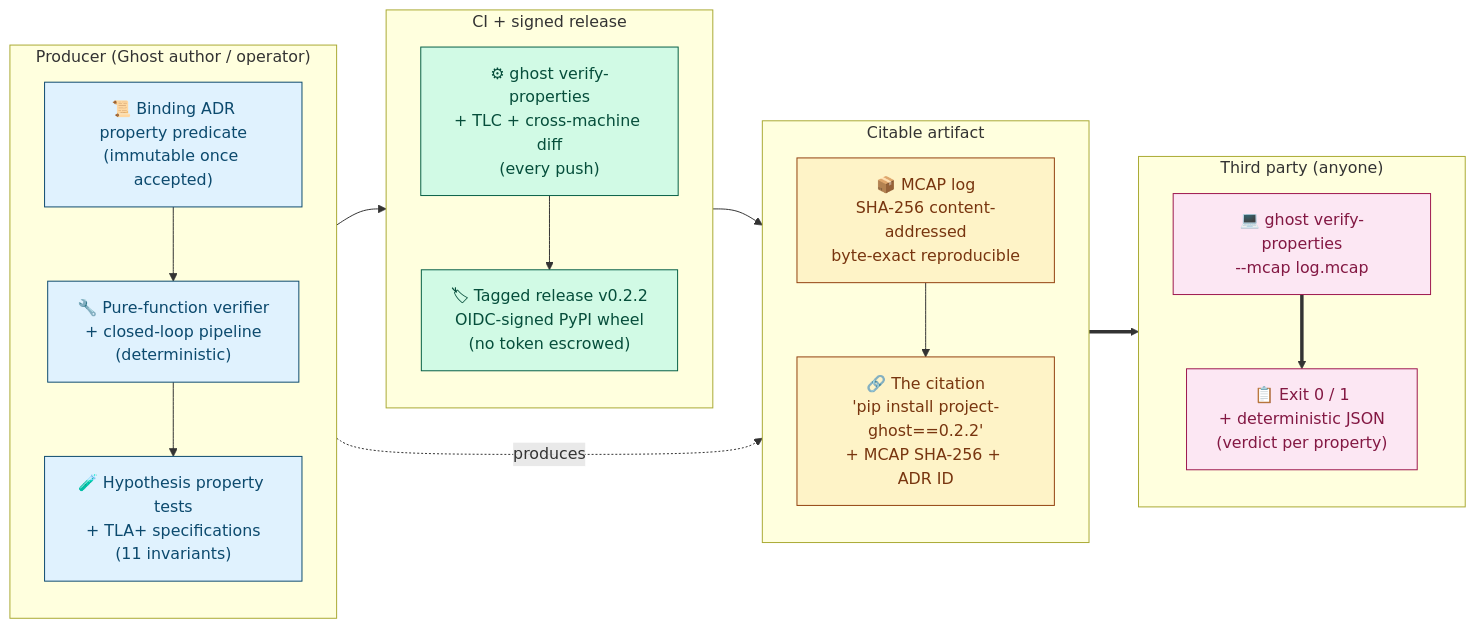
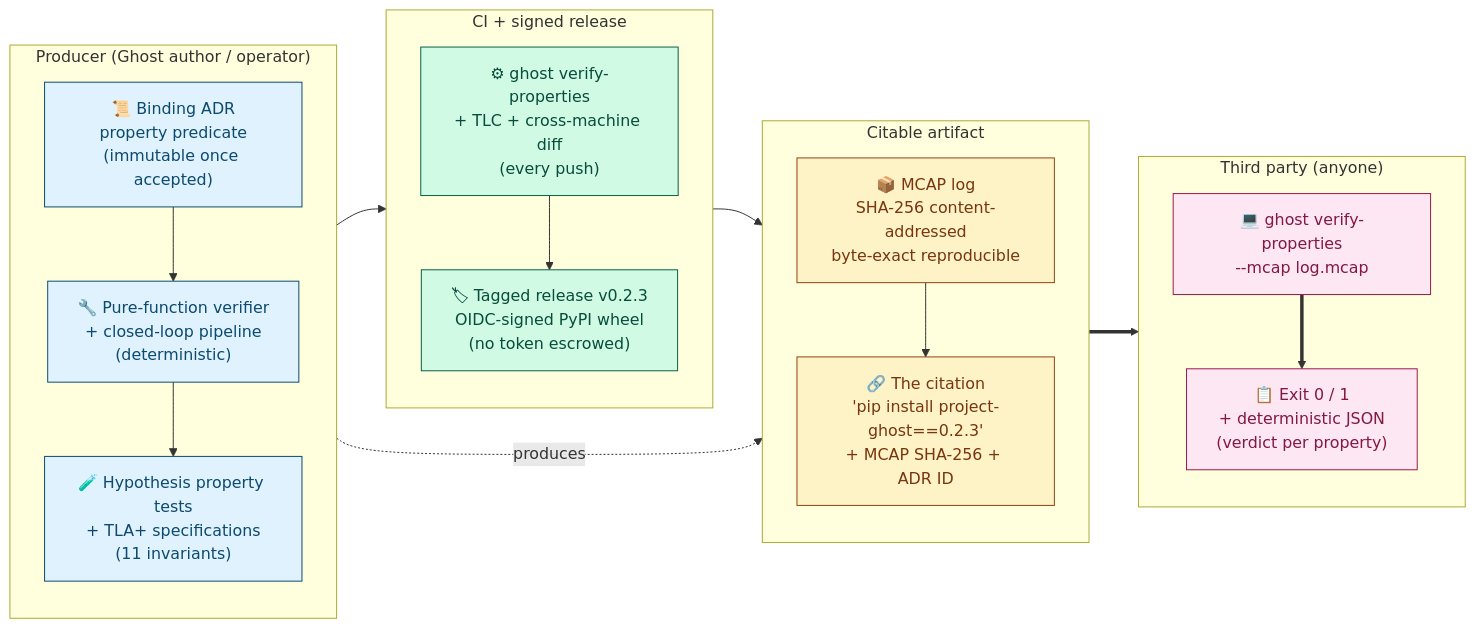
One commit to JFHelvetius/ghost changed the diagram in docs/paper/project_ghost_v0_2.md. Above: the diagram before and after it, drawn with Mermaid. The commit also changed other lines of this file and 3 other files, not shown here.

````diff
--- a/docs/paper/project_ghost_v0_2.md
+++ b/docs/paper/project_ghost_v0_2.md
@@ -166,42 +166,42 @@
 ```mermaid
 flowchart LR
     classDef producer fill:#e0f2fe,stroke:#0c4a6e,color:#0c4a6e
     classDef artifact fill:#fef3c7,stroke:#92400e,color:#78350f
     classDef ci fill:#d1fae5,stroke:#065f46,color:#064e3b
     classDef thirdparty fill:#fce7f3,stroke:#9d174d,color:#831843
 
     subgraph P["Producer (Ghost author / operator)"]
         direction TB
         ADR["📜 Binding ADR<br/>property predicate<br/>(immutable once accepted)"]:::producer
         Code["🔧 Pure-function verifier<br/>+ closed-loop pipeline<br/>(deterministic)"]:::producer
         Spec["🧪 Hypothesis property tests<br/>+ TLA+ specifications<br/>(11 invariants)"]:::producer
     end
 
     subgraph R["CI + signed release"]
         direction TB
         CIv["⚙ ghost verify-properties<br/>+ TLC + cross-machine diff<br/>(every push)"]:::ci
-        Tag["🏷 Tagged release v0.2.2<br/>OIDC-signed PyPI wheel<br/>(no token escrowed)"]:::ci
+        Tag["🏷 Tagged release v0.2.3<br/>OIDC-signed PyPI wheel<br/>(no token escrowed)"]:::ci
     end
 
     subgraph A["Citable artifact"]
         direction TB
         MCAP["📦 MCAP log<br/>SHA-256 content-addressed<br/>byte-exact reproducible"]:::artifact
-        Cite["🔗 The citation<br/>'pip install project-ghost==0.2.2'<br/>+ MCAP SHA-256 + ADR ID"]:::artifact
+        Cite["🔗 The citation<br/>'pip install project-ghost==0.2.3'<br/>+ MCAP SHA-256 + ADR ID"]:::artifact
     end
 
     subgraph V["Third party (anyone)"]
         direction TB
         Cmd["💻 ghost verify-properties<br/>--mcap log.mcap"]:::thirdparty
         Out["📋 Exit 0 / 1<br/>+ deterministic JSON<br/>(verdict per property)"]:::thirdparty
     end
 
     ADR --> Code
     Code --> Spec
     Spec --> CIv
     CIv --> Tag
     Code -. produces .-> MCAP
     Tag --> Cite
     MCAP --> Cite
     Cite ==> Cmd
     Cmd ==> Out
 ```
````
